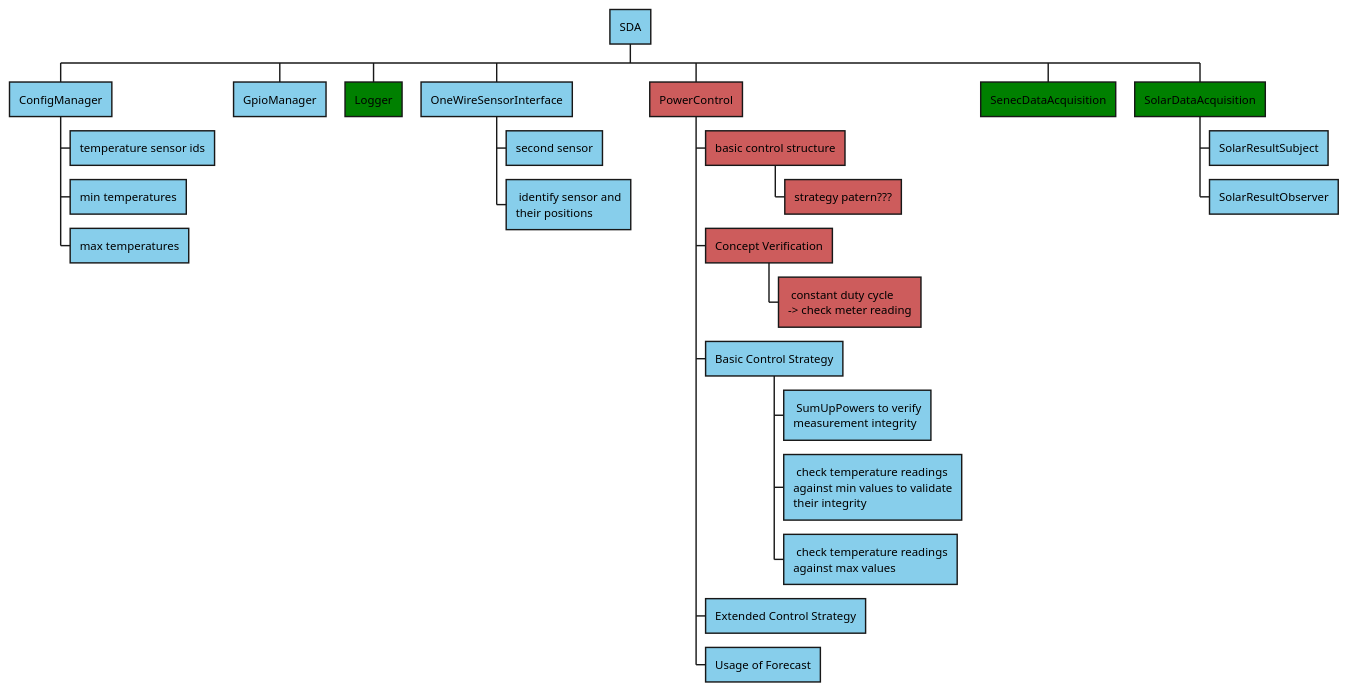
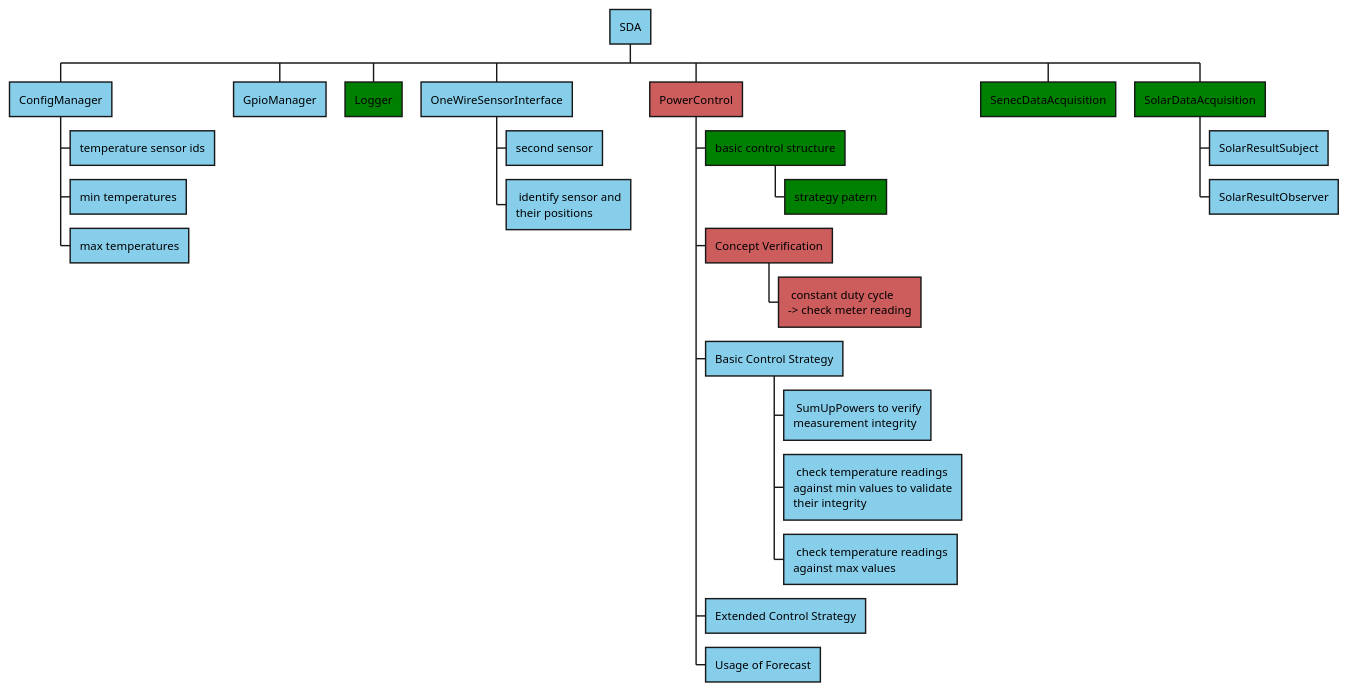
The diagram in doc/myWbs.puml (LuMoehlenkamp/sda), drawn with PlantUML before and after one commit. The commit also changed 5 other files, not shown here.

Commit message:
moved implementation powerControlStrategyExcess to cc file

```diff
--- a/doc/myWbs.puml
+++ b/doc/myWbs.puml
@@ -1,34 +1,34 @@
 @startwbs
 *[#SkyBlue] SDA
 **[#SkyBlue] ConfigManager
 ***[#SkyBlue] temperature sensor ids
 ***[#SkyBlue] min temperatures
 ***[#SkyBlue] max temperatures
 **[#SkyBlue] GpioManager
 **[#Green] Logger
 **[#SkyBlue] OneWireSensorInterface
 ***[#SkyBlue] second sensor
 ***[#SkyBlue]: identify sensor and
 their positions;
 **[#IndianRed] PowerControl
-***[#IndianRed] basic control structure
-****[#IndianRed] strategy patern???
+***[#Green] basic control structure
+****[#Green] strategy patern
 ***[#IndianRed] Concept Verification
 ****[#IndianRed]: constant duty cycle
 -> check meter reading;
 ***[#SkyBlue] Basic Control Strategy
 ****[#SkyBlue]: SumUpPowers to verify
 measurement integrity;
 ****[#SkyBlue]: check temperature readings
 against min values to validate
 their integrity;
 ****[#SkyBlue]: check temperature readings
 against max values;
 ***[#SkyBlue] Extended Control Strategy
 ***[#SkyBlue] Usage of Forecast
 **[#Green] SenecDataAcquisition
 **[#Green] SolarDataAcquisition
 ***[#SkyBlue] SolarResultSubject
 ***[#SkyBlue] SolarResultObserver
 
 @endwbs
```
